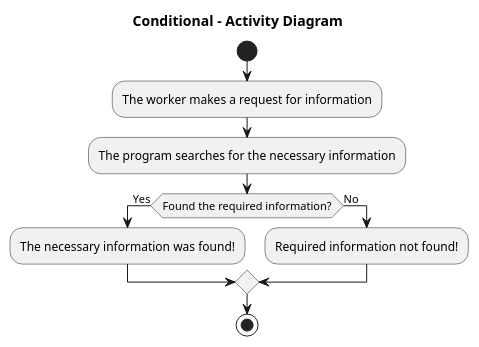
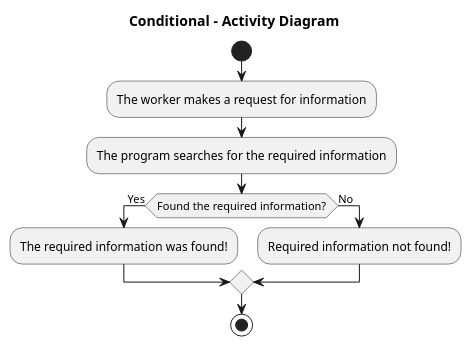
One commit to oleksandrblazhko/ai204-ozarchuk changed the diagram in 2-SoftwareDesign/2.7-PlantUML/UML-Activity.puml. Above: the diagram before and after it, drawn with PlantUML. The commit also changed other lines of this file, not shown here.

```diff
--- a/2-SoftwareDesign/2.7-PlantUML/UML-Activity.puml
+++ b/2-SoftwareDesign/2.7-PlantUML/UML-Activity.puml
@@ -1,14 +1,14 @@
 @startuml
 title Conditional - Activity Diagram 
 
 start
 :The worker makes a request for information;
-:The program searches for the necessary information;
+:The program searches for the required information;
 if (Found the required information?) then (Yes)
-  :The necessary information was found!;
+  :The required information was found!;
 else (No)
   :Required information not found!;
 endif
 stop
 
 @enduml
```
